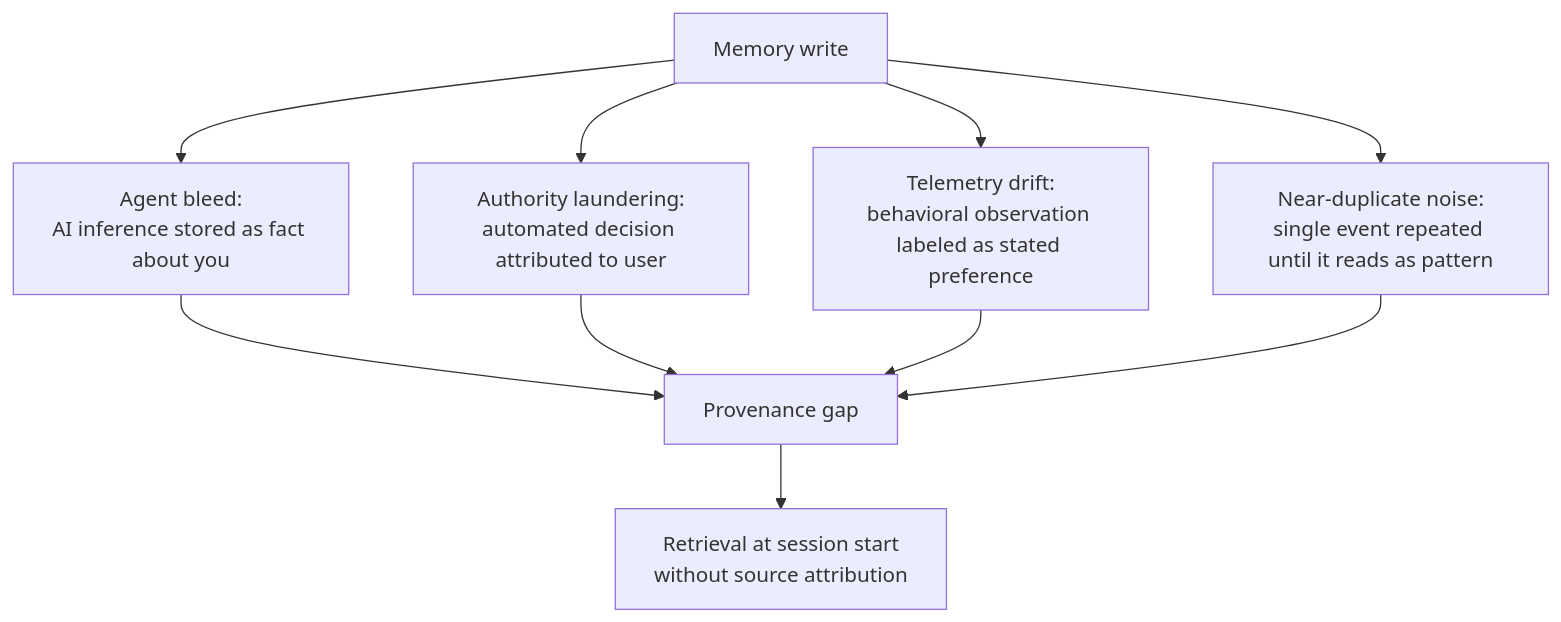
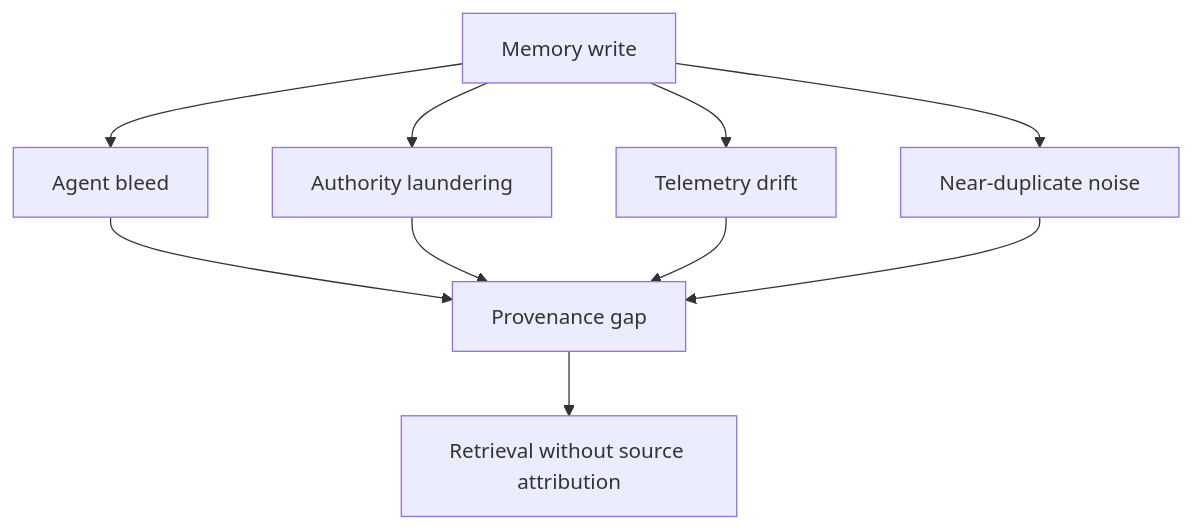
One commit to CyberdaemonAI/cyberdaemon-site changed the diagram in src/content/research/cognitive-security-part2.mdx. Above: the diagram before and after it, drawn with Mermaid. The commit also changed other lines of this file and 10 other files, not shown here.

First line of the commit message:
fix(content): mermaid single-line labels, lint clean, workflow auth

````diff
--- a/src/content/research/cognitive-security-part2.mdx
+++ b/src/content/research/cognitive-security-part2.mdx
@@ -37,12 +37,12 @@
 ```mermaid
 flowchart TD
-    W[Memory write] --> AB["Agent bleed:\nAI inference stored as fact about you"]
-    W --> AL["Authority laundering:\nautomated decision attributed to user"]
-    W --> TD["Telemetry drift:\nbehavioral observation labeled as stated preference"]
-    W --> ND["Near-duplicate noise:\nsingle event repeated until it reads as pattern"]
+    W[Memory write] --> AB[Agent bleed]
+    W --> AL[Authority laundering]
+    W --> TD[Telemetry drift]
+    W --> ND[Near-duplicate noise]
     AB --> P[Provenance gap]
     AL --> P
     TD --> P
     ND --> P
-    P --> R["Retrieval at session start\nwithout source attribution"]
+    P --> R[Retrieval without source attribution]
 ```
````
